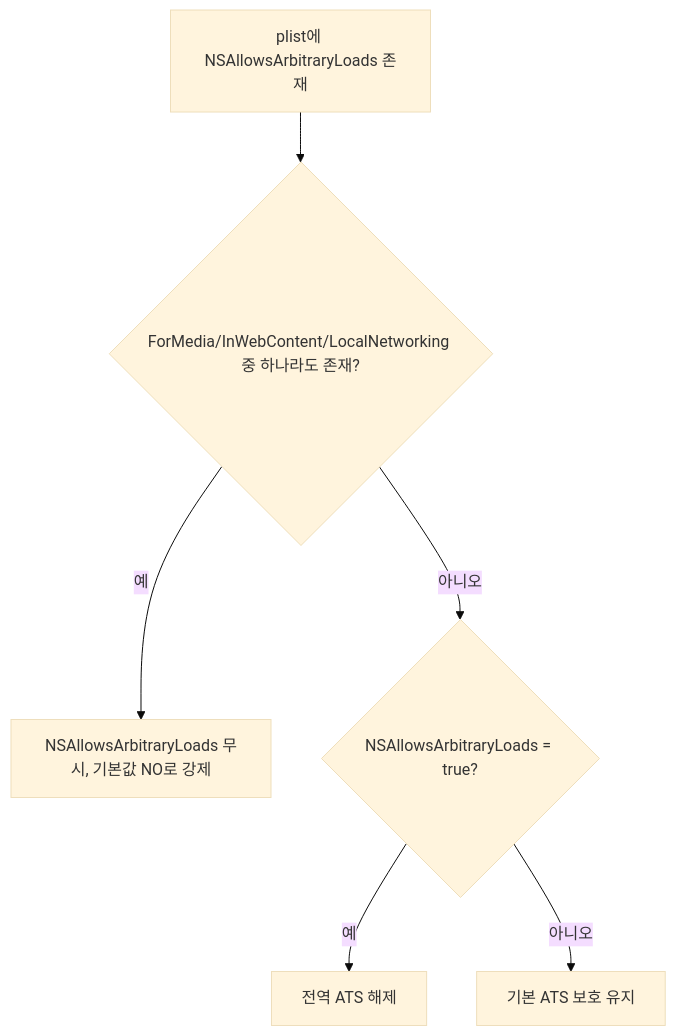
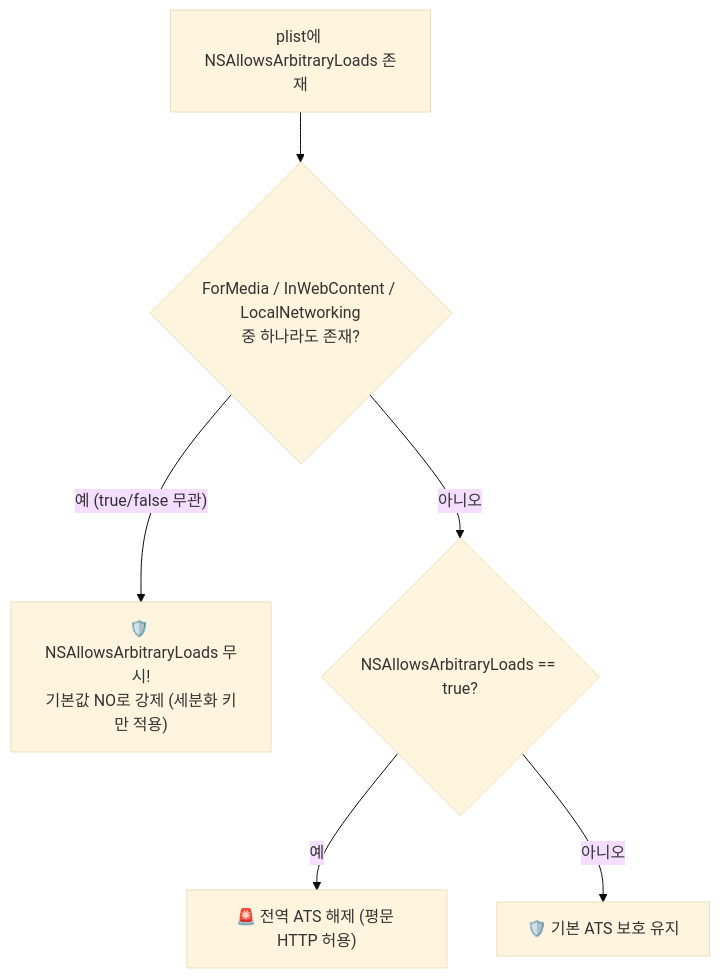
One commit to gooyong-sec/gooyong-sec.github.io changed the second of 2 diagrams in content/모바일취약점/모바일 취약점 진단 — iOS 정적분석.md. Above: the diagram before and after it, drawn with Mermaid (base theme). The commit also changed other lines of this file and 68 other files, not shown here.

````diff
--- a/content/모바일취약점/모바일 취약점 진단 — iOS 정적분석.md
+++ b/content/모바일취약점/모바일 취약점 진단 — iOS 정적분석.md
@@ -41,8 +69,8 @@
-  ```mermaid
-  flowchart TD
-      A["plist에 NSAllowsArbitraryLoads 존재"] --> B{"ForMedia/InWebContent/LocalNetworking 중 하나라도 존재?"}
-      B -->|예| C["NSAllowsArbitraryLoads 무시, 기본값 NO로 강제"]
-      B -->|아니오| D{"NSAllowsArbitraryLoads = true?"}
-      D -->|예| E["전역 ATS 해제"]
-      D -->|아니오| F["기본 ATS 보호 유지"]
-  ```
+```mermaid
+flowchart TD
+    A["plist에 NSAllowsArbitraryLoads 존재"] --> B{"ForMedia / InWebContent / LocalNetworking<br/>중 하나라도 존재?"}
+    B -->|"예 (true/false 무관)"| C["🛡️ NSAllowsArbitraryLoads 무시!<br/>기본값 NO로 강제 (세분화 키만 적용)"]
+    B -->|"아니오"| D{"NSAllowsArbitraryLoads == true?"}
+    D -->|"예"| E["🚨 전역 ATS 해제 (평문 HTTP 허용)"]
+    D -->|"아니오"| F["🛡️ 기본 ATS 보호 유지"]
+```
````
